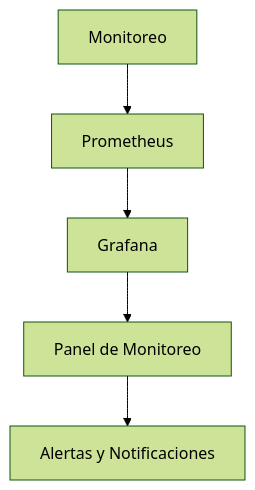
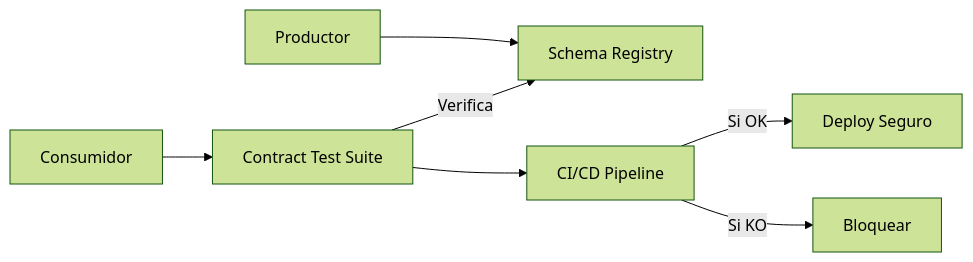
Before and after one commit to Joaquinriosheredia/DAM-Java-Mastery: the fourth of 7 diagrams in _Review/compatibilidad_evolutiva_entre_microservicios/compatibilidad_evolutiva_entre_microservicios.md, drawn with Mermaid (forest theme). The commit also changed other lines of this file, not shown here.

````diff
--- a/_Review/compatibilidad_evolutiva_entre_microservicios/compatibilidad_evolutiva_entre_microservicios.md
+++ b/_Review/compatibilidad_evolutiva_entre_microservicios/compatibilidad_evolutiva_entre_microservicios.md
@@ -500,7 +318,9 @@
 ```mermaid
-graph TD
-    A[Monitoreo] --> B[Prometheus]
-    B --> C[Grafana]
-    C --> D[Panel de Monitoreo]
-    D --> E[Alertas y Notificaciones]
+graph LR
+    PROD[Productor] --> REG[Schema Registry]
+    CONS[Consumidor] --> TEST[Contract Test Suite]
+    TEST -->|Verifica| REG
+    TEST --> CI[CI/CD Pipeline]
+    CI -->|Si OK| DEPLOY[Deploy Seguro]
+    CI -->|Si KO| BLOCK[Bloquear]
 ```
````
